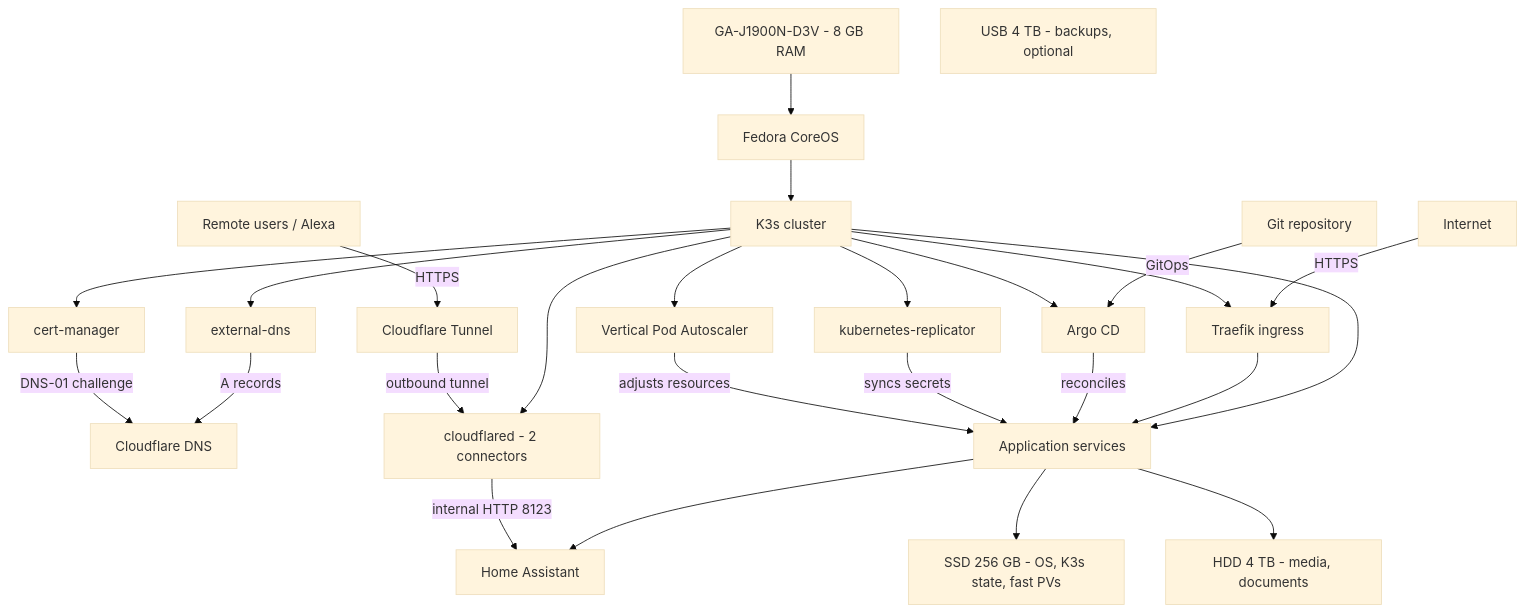
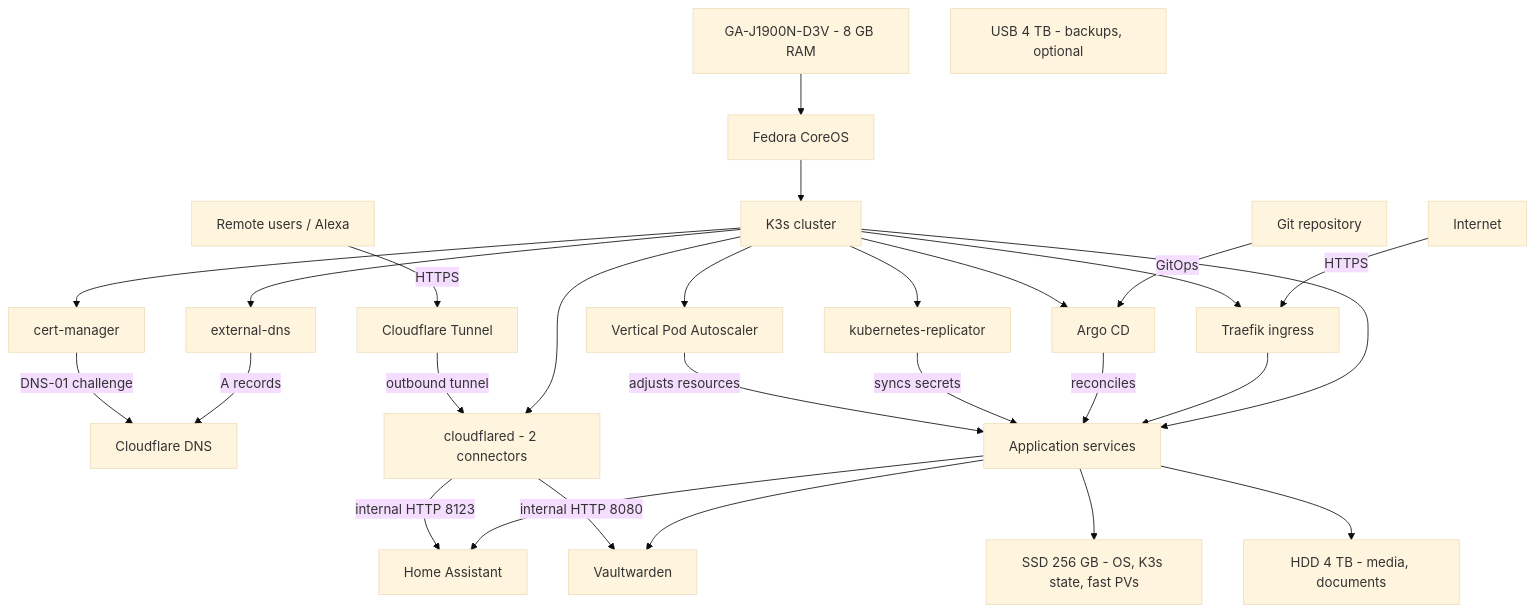
The diagram in docs/diagrams/architecture.mmd (Mahagon/homelab), drawn with Mermaid (base theme) before and after one commit. The commit also changed 14 other files, not shown here.

```diff
--- a/docs/diagrams/architecture.mmd
+++ b/docs/diagrams/architecture.mmd
@@ -1,32 +1,34 @@
 flowchart TD
     Internet["Internet"] -->|HTTPS| Traefik
     RemoteUsers["Remote users / Alexa"] -->|HTTPS| CloudflareTunnel["Cloudflare Tunnel"]
     Git["Git repository"] -->|GitOps| ArgoCD
     ExternalDNS -->|A records| Cloudflare["Cloudflare DNS"]
     CertManager -->|DNS-01 challenge| Cloudflare
 
     Hardware["GA-J1900N-D3V - 8 GB RAM"] --> FedoraCoreOS["Fedora CoreOS"]
     FedoraCoreOS --> K3s["K3s cluster"]
     K3s --> ArgoCD["Argo CD"]
     K3s --> Traefik["Traefik ingress"]
     K3s --> CertManager["cert-manager"]
     K3s --> ExternalDNS["external-dns"]
     K3s --> Cloudflared["cloudflared - 2 connectors"]
     K3s --> Replicator["kubernetes-replicator"]
     K3s --> VPA["Vertical Pod Autoscaler"]
     K3s --> AppServices["Application services"]
     AppServices --> HomeAssistant["Home Assistant"]
+    AppServices --> Vaultwarden["Vaultwarden"]
 
     Traefik --> AppServices
     ArgoCD -->|reconciles| AppServices
     Replicator -->|syncs secrets| AppServices
     VPA -->|adjusts resources| AppServices
     Cloudflared -->|internal HTTP 8123| HomeAssistant
+    Cloudflared -->|internal HTTP 8080| Vaultwarden
 
     SSD["SSD 256 GB - OS, K3s state, fast PVs"]
     HDD["HDD 4 TB - media, documents"]
     USB["USB 4 TB - backups, optional"]
 
     AppServices --> SSD
     AppServices --> HDD
     CloudflareTunnel -->|outbound tunnel| Cloudflared
```
